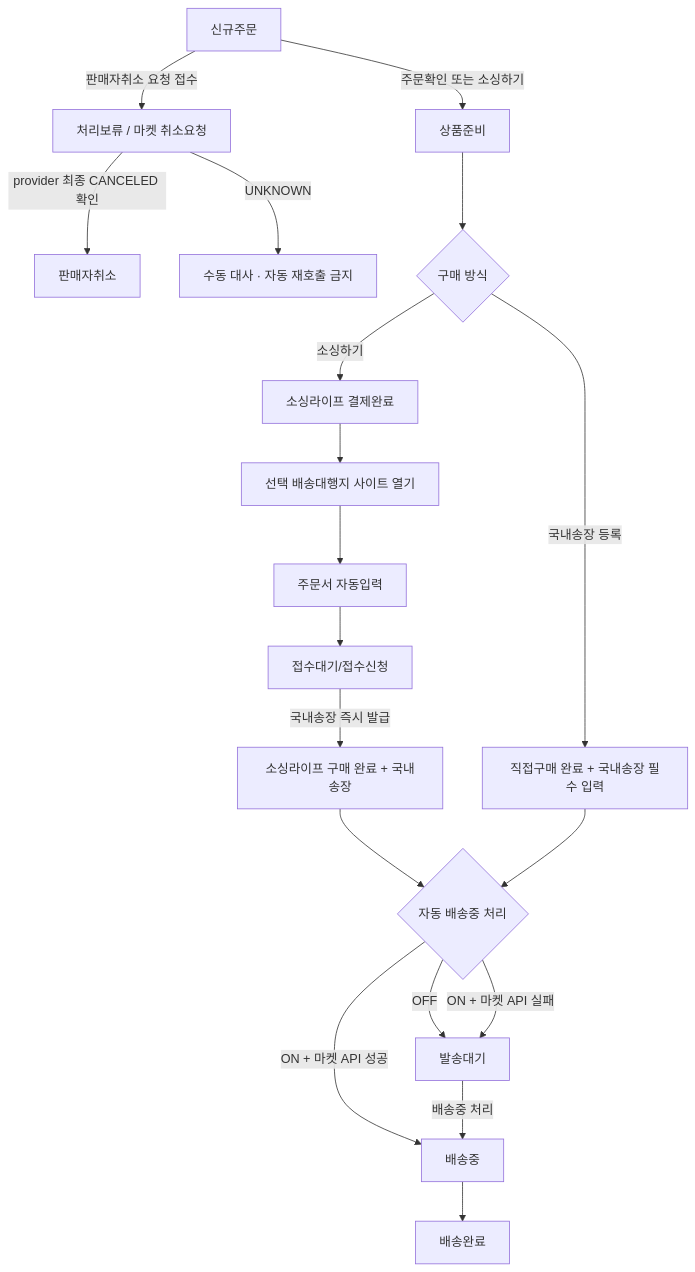
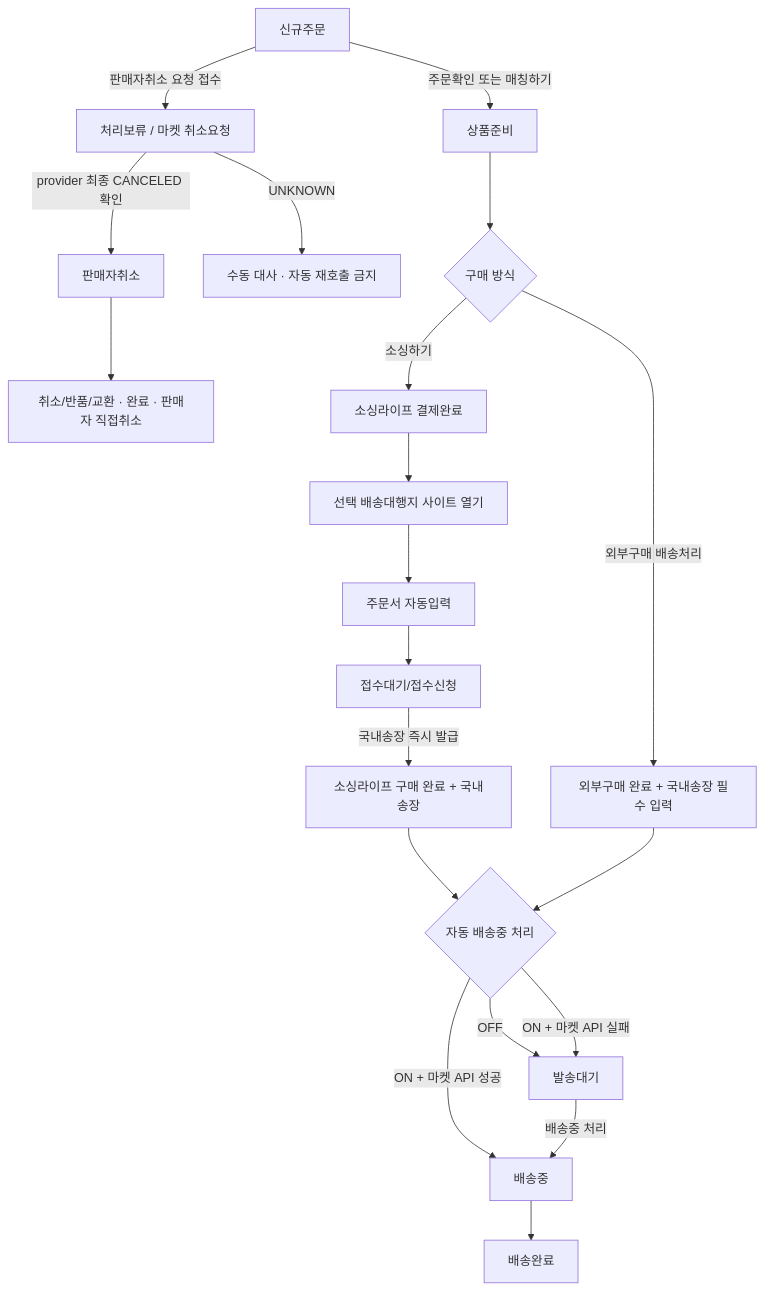
Before and after one commit to moonceo/Jmpp: the first of 5 diagrams in docs/08_유저플로우/01_주문처리_유저플로우.md, drawn with Mermaid. The commit also changed other lines of this file and 334 other files, not shown here.

````diff
--- a/docs/08_유저플로우/01_주문처리_유저플로우.md
+++ b/docs/08_유저플로우/01_주문처리_유저플로우.md
@@ -13,21 +13,22 @@
 ```mermaid
 flowchart TD
-    A["신규주문"] -->|"주문확인 또는 소싱하기"| B["상품준비"]
+    A["신규주문"] -->|"주문확인 또는 매칭하기"| B["상품준비"]
     A -->|"판매자취소 요청 접수"| W["처리보류 / 마켓 취소요청"]
     W -->|"provider 최종 CANCELED 확인"| X["판매자취소"]
+    X --> Y["취소/반품/교환 · 완료 · 판매자 직접취소"]
     W -->|"UNKNOWN"| M["수동 대사 · 자동 재호출 금지"]
     B --> C{"구매 방식"}
     C -->|"소싱하기"| D0["소싱라이프 결제완료"]
     D0 --> D1["선택 배송대행지 사이트 열기"]
     D1 --> D2["주문서 자동입력"]
     D2 --> D3["접수대기/접수신청"]
     D3 -->|"국내송장 즉시 발급"| D["소싱라이프 구매 완료 + 국내송장"]
-    C -->|"국내송장 등록"| E["직접구매 완료 + 국내송장 필수 입력"]
+    C -->|"외부구매 배송처리"| E["외부구매 완료 + 국내송장 필수 입력"]
     D --> F{"자동 배송중 처리"}
     E --> F
     F -->|"OFF"| G["발송대기"]
     F -->|"ON + 마켓 API 성공"| H["배송중"]
     F -->|"ON + 마켓 API 실패"| G
     G -->|"배송중 처리"| H
     H --> I["배송완료"]
 ```
````
